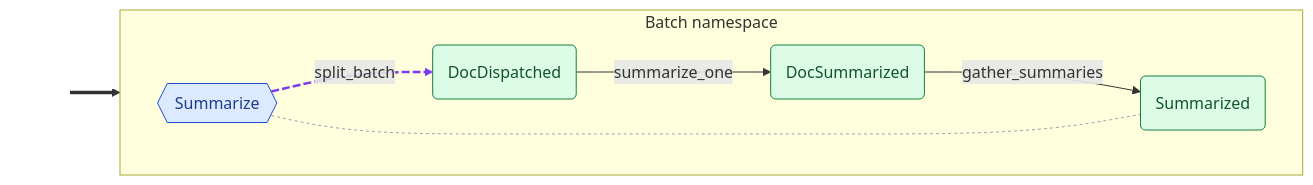
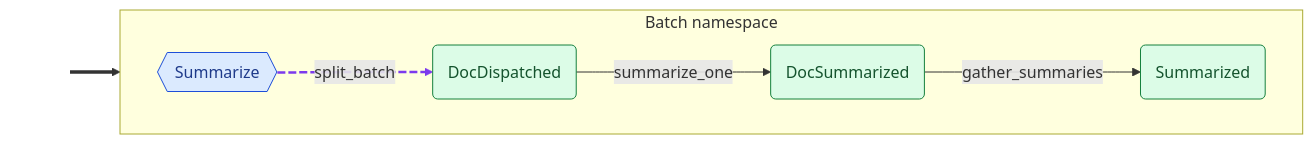
The second of 2 diagrams in examples/map_reduce.graph.md (cadance-io/langgraph-events), drawn with Mermaid before and after one commit. The commit also changed other lines of this file and 29 other files, not shown here.

````diff
--- a/examples/map_reduce.graph.md
+++ b/examples/map_reduce.graph.md
@@ -44,25 +44,23 @@
 ```mermaid
 graph LR
     classDef entry fill:none,stroke:none,color:none
     classDef cmd fill:#dbeafe,stroke:#1d4ed8,color:#1e3a8a
     classDef devt fill:#dcfce7,stroke:#15803d,color:#14532d
     classDef intg fill:#ede9fe,stroke:#6d28d9,color:#4c1d95
     classDef syst fill:#fef3c7,stroke:#b45309,color:#78350f
     classDef halt fill:#fef3c7,stroke:#b45309,color:#78350f,stroke-width:3px,stroke-dasharray:4 2
     classDef inv fill:#ffedd5,stroke:#c2410c,color:#7c2d12
     subgraph Batch["Batch namespace"]
         direction LR
         DocDispatched(DocDispatched):::devt
         DocSummarized(DocSummarized):::devt
         Summarize{{Summarize}}:::cmd
         Summarized(Summarized):::devt
     end
     _e0_[ ]:::entry ==> Summarize
     Summarize -.->|split_batch| DocDispatched
     DocDispatched -->|summarize_one| DocSummarized
     DocSummarized -->|gather_summaries| Summarized
-    Summarize -.- Summarized
 %% Side-effect handlers: audit_trail (Auditable)
     linkStyle 1 stroke:#7c3aed,stroke-width:2.5px,stroke-dasharray:8 3
-    linkStyle 4 stroke:#9ca3af,stroke-dasharray:3 3
 ```
````
